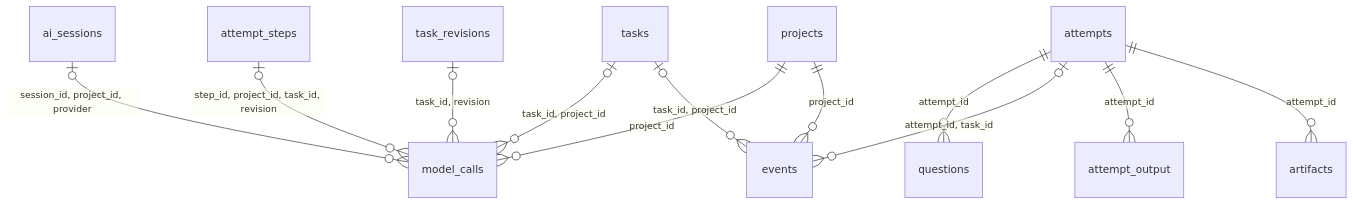
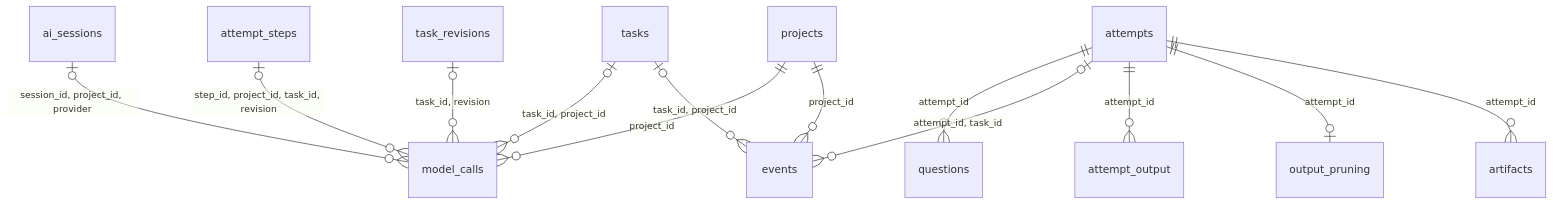
One commit to IllyaYalovyy/ktask-rs changed the third of 3 diagrams in docs/STORAGE.md. Above: the diagram before and after it, drawn with Mermaid. The commit also changed other lines of this file and 27 other files, not shown here.

First line of the commit message:
ktask: task #18, attempt #40 — retained output and artifact cleanup (0.14.0)

````diff
--- a/docs/STORAGE.md
+++ b/docs/STORAGE.md
@@ -138,14 +140,15 @@
 ```mermaid
 erDiagram
     ai_sessions o|--o{ model_calls : "session_id, project_id, provider"
     attempt_steps o|--o{ model_calls : "step_id, project_id, task_id, revision"
     task_revisions o|--o{ model_calls : "task_id, revision"
     tasks o|--o{ model_calls : "task_id, project_id"
     projects ||--o{ model_calls : "project_id"
     attempts ||--o{ questions : "attempt_id"
     attempts o|--o{ events : "attempt_id, task_id"
     tasks o|--o{ events : "task_id, project_id"
     projects ||--o{ events : "project_id"
     attempts ||--o{ attempt_output : "attempt_id"
+    attempts ||--o| output_pruning : "attempt_id"
     attempts ||--o{ artifacts : "attempt_id"
 ```
````
